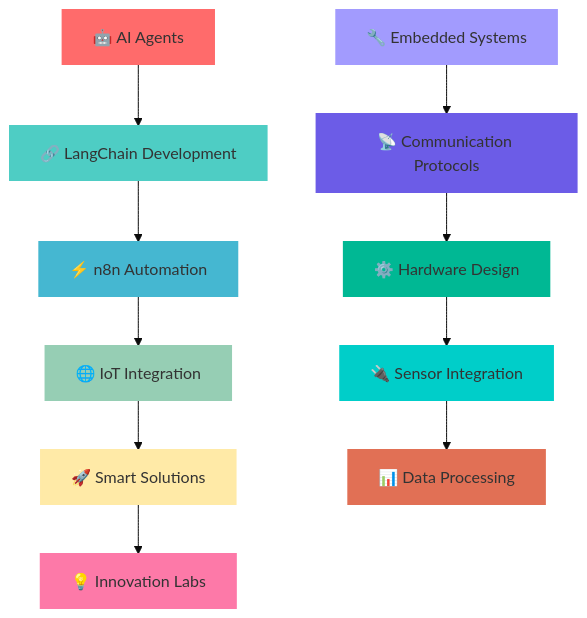
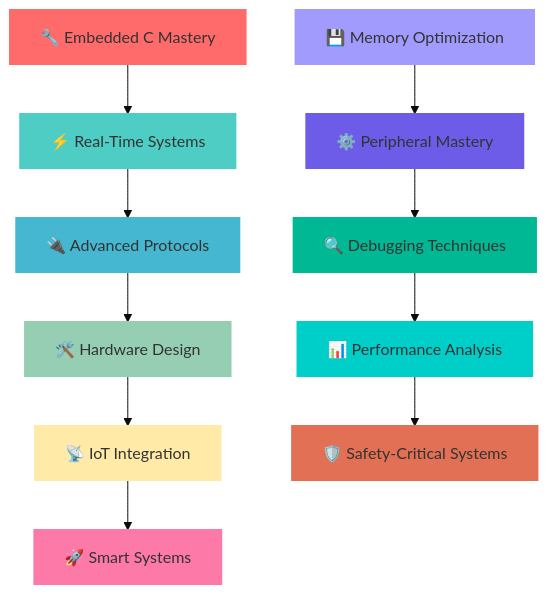
One commit to SomanathPattanashetti/About-Me changed the diagram in README.md. Above: the diagram before and after it, drawn with Mermaid (base theme). The commit also changed other lines of this file, not shown here.

````diff
--- a/README.md
+++ b/README.md
@@ -233,25 +330,25 @@
 ```mermaid
 graph TD
-    A[🤖 AI Agents] --> B[🔗 LangChain Development]
-    B --> C[⚡ n8n Automation]
-    C --> D[🌐 IoT Integration]
-    D --> E[🚀 Smart Solutions]
-    E --> F[💡 Innovation Labs]
+    A[🔧 Embedded C Mastery] --> B[⚡ Real-Time Systems]
+    B --> C[🔌 Advanced Protocols]
+    C --> D[🛠️ Hardware Design]
+    D --> E[📡 IoT Integration]
+    E --> F[🚀 Smart Systems]
     
-    G[🔧 Embedded Systems] --> H[📡 Communication Protocols]
-    H --> I[⚙️ Hardware Design]
-    I --> J[🔌 Sensor Integration]
-    J --> K[📊 Data Processing]
+    G[💾 Memory Optimization] --> H[⚙️ Peripheral Mastery]
+    H --> I[🔍 Debugging Techniques]
+    I --> J[📊 Performance Analysis]
+    J --> K[🛡️ Safety-Critical Systems]
     
     style A fill:#ff6b6b,stroke:#ff6b6b,stroke-width:2px
     style B fill:#4ecdc4,stroke:#4ecdc4,stroke-width:2px
     style C fill:#45b7d1,stroke:#45b7d1,stroke-width:2px
     style D fill:#96ceb4,stroke:#96ceb4,stroke-width:2px
     style E fill:#ffeaa7,stroke:#ffeaa7,stroke-width:2px
     style F fill:#fd79a8,stroke:#fd79a8,stroke-width:2px
     style G fill:#a29bfe,stroke:#a29bfe,stroke-width:2px
     style H fill:#6c5ce7,stroke:#6c5ce7,stroke-width:2px
     style I fill:#00b894,stroke:#00b894,stroke-width:2px
     style J fill:#00cec9,stroke:#00cec9,stroke-width:2px
     style K fill:#e17055,stroke:#e17055,stroke-width:2px
 ```
````
